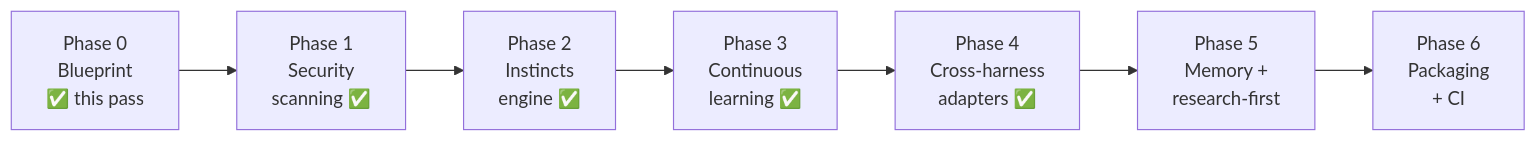
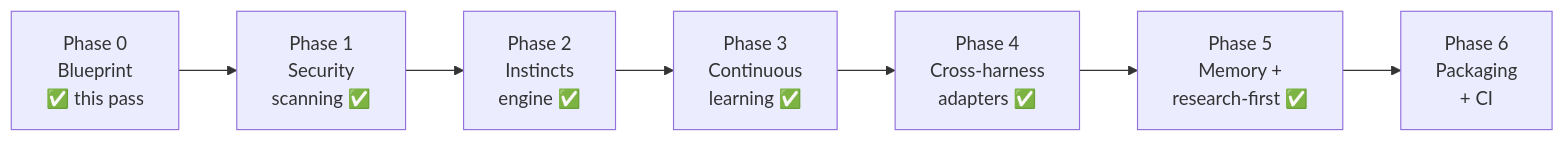
The diagram in docs/ROADMAP.md (osxsystem/topology), drawn with Mermaid before and after one commit. The commit also changed other lines of this file, not shown here.

Commit message:
docs(roadmap): Phase 5 memory + research-first delivered

````diff
--- a/docs/ROADMAP.md
+++ b/docs/ROADMAP.md
@@ -12,9 +12,9 @@
 ```mermaid
 flowchart LR
     P0["Phase 0<br/>Blueprint<br/>✅ this pass"] --> P1["Phase 1<br/>Security<br/>scanning ✅"]
     P1 --> P2["Phase 2<br/>Instincts<br/>engine ✅"]
     P2 --> P3["Phase 3<br/>Continuous<br/>learning ✅"]
     P3 --> P4["Phase 4<br/>Cross-harness<br/>adapters ✅"]
-    P4 --> P5["Phase 5<br/>Memory +<br/>research-first"]
+    P4 --> P5["Phase 5<br/>Memory +<br/>research-first ✅"]
     P5 --> P6["Phase 6<br/>Packaging<br/>+ CI"]
 ```
````
